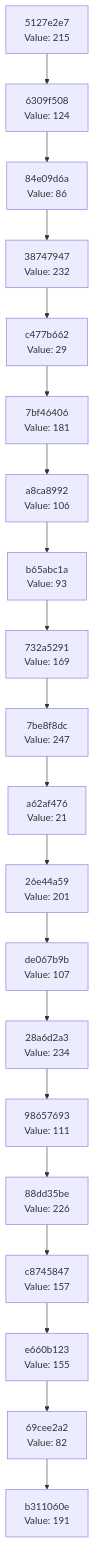
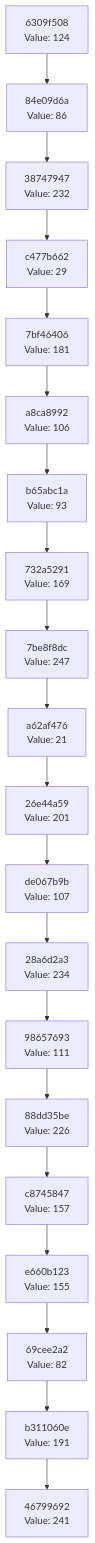
One commit to Abhisheksinha1506/hash-chain-evolver changed the diagram in docs/CHAIN_VISUALIZATION.md. Above: the diagram before and after it, drawn with Mermaid. The commit also changed 1 other file, not shown here.

Commit message:
Evolution Step

````diff
--- a/docs/CHAIN_VISUALIZATION.md
+++ b/docs/CHAIN_VISUALIZATION.md
@@ -3,42 +3,42 @@
 ```mermaid
 graph TD
-    C0["b311060e<br/>Value: 191"]
-    C1["69cee2a2<br/>Value: 82"]
+    C0["46799692<br/>Value: 241"]
+    C1["b311060e<br/>Value: 191"]
     C1 --> C0
-    C2["e660b123<br/>Value: 155"]
+    C2["69cee2a2<br/>Value: 82"]
     C2 --> C1
-    C3["c8745847<br/>Value: 157"]
+    C3["e660b123<br/>Value: 155"]
     C3 --> C2
-    C4["88dd35be<br/>Value: 226"]
+    C4["c8745847<br/>Value: 157"]
     C4 --> C3
-    C5["98657693<br/>Value: 111"]
+    C5["88dd35be<br/>Value: 226"]
     C5 --> C4
-    C6["28a6d2a3<br/>Value: 234"]
+    C6["98657693<br/>Value: 111"]
     C6 --> C5
-    C7["de067b9b<br/>Value: 107"]
+    C7["28a6d2a3<br/>Value: 234"]
     C7 --> C6
-    C8["26e44a59<br/>Value: 201"]
+    C8["de067b9b<br/>Value: 107"]
     C8 --> C7
-    C9["a62af476<br/>Value: 21"]
+    C9["26e44a59<br/>Value: 201"]
     C9 --> C8
-    C10["7be8f8dc<br/>Value: 247"]
+    C10["a62af476<br/>Value: 21"]
     C10 --> C9
-    C11["732a5291<br/>Value: 169"]
+    C11["7be8f8dc<br/>Value: 247"]
     C11 --> C10
-    C12["b65abc1a<br/>Value: 93"]
+    C12["732a5291<br/>Value: 169"]
     C12 --> C11
-    C13["a8ca8992<br/>Value: 106"]
+    C13["b65abc1a<br/>Value: 93"]
     C13 --> C12
-    C14["7bf46406<br/>Value: 181"]
+    C14["a8ca8992<br/>Value: 106"]
     C14 --> C13
-    C15["c477b662<br/>Value: 29"]
+    C15["7bf46406<br/>Value: 181"]
     C15 --> C14
-    C16["38747947<br/>Value: 232"]
+    C16["c477b662<br/>Value: 29"]
     C16 --> C15
-    C17["84e09d6a<br/>Value: 86"]
+    C17["38747947<br/>Value: 232"]
     C17 --> C16
-    C18["6309f508<br/>Value: 124"]
+    C18["84e09d6a<br/>Value: 86"]
     C18 --> C17
-    C19["5127e2e7<br/>Value: 215"]
+    C19["6309f508<br/>Value: 124"]
     C19 --> C18
 ```
````
